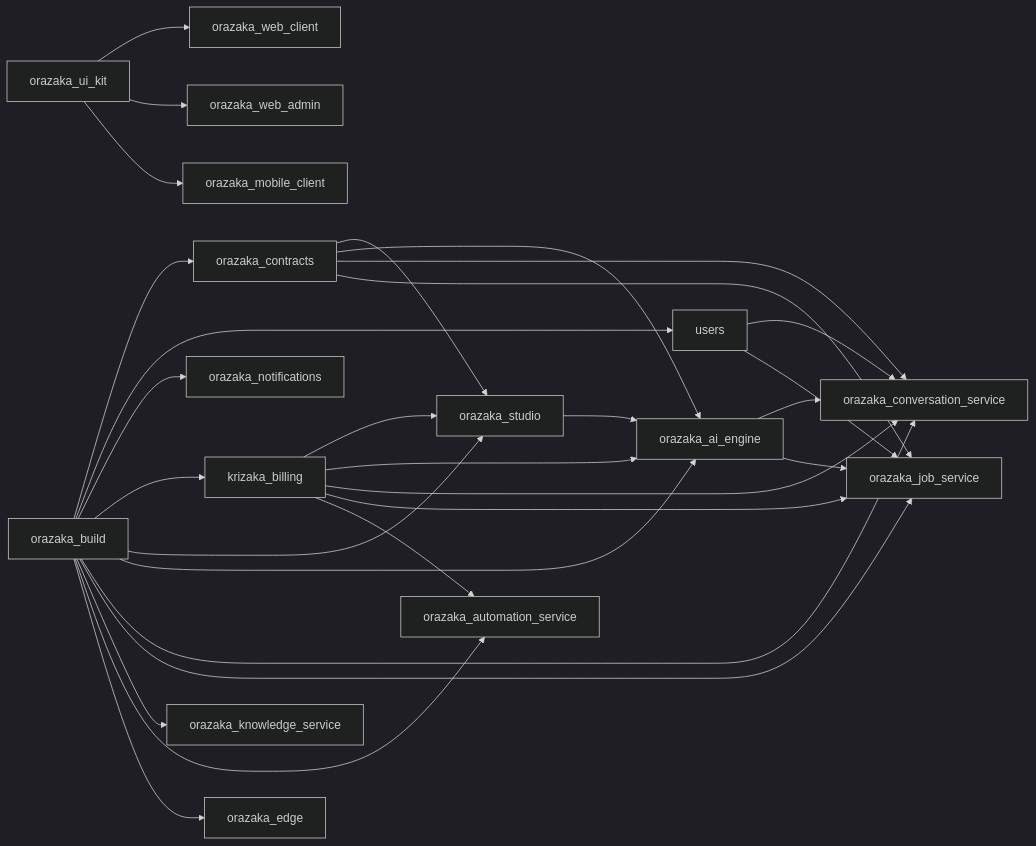
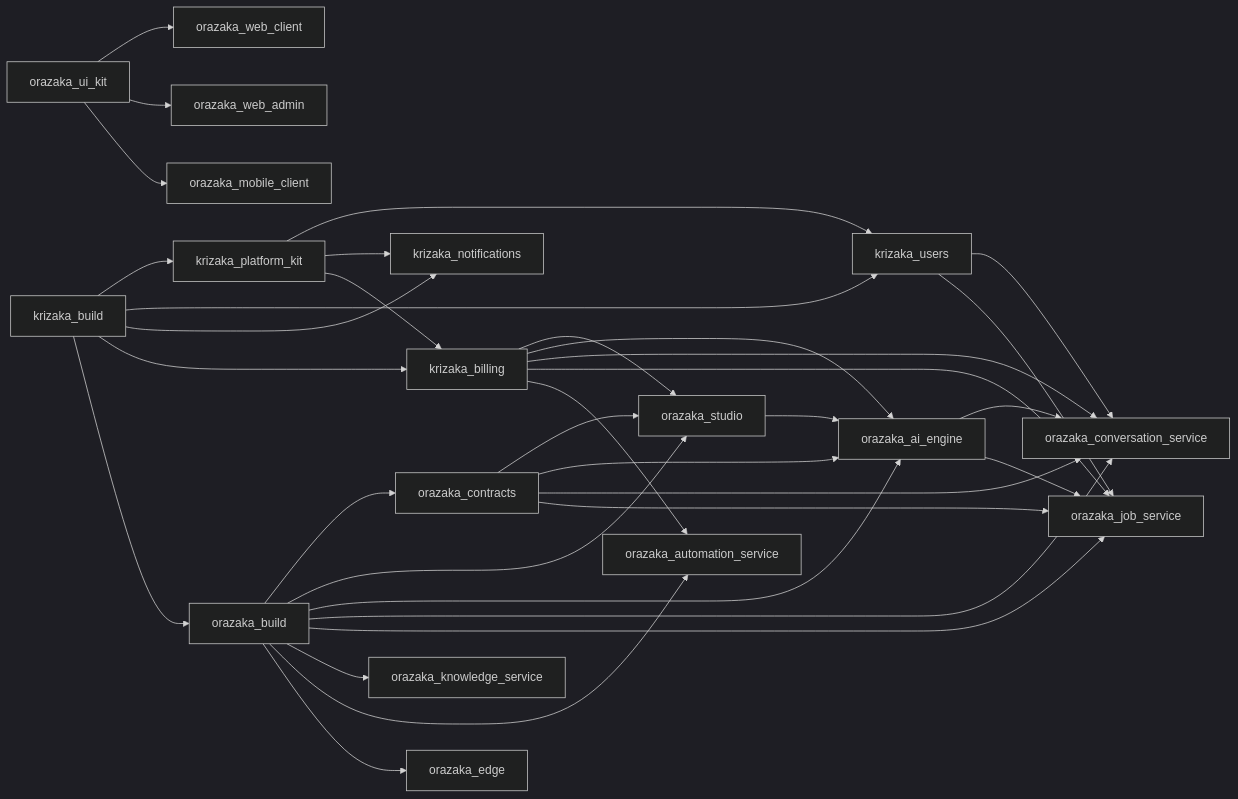
The diagram in README.md (krizaka/orazaka), drawn with Mermaid (dark theme) before and after one commit. The commit also changed other lines of this file and 2 other files, not shown here.

Commit message:
docs(readme): the new Orazaka mark, light and dark, from the organisation profile (#26)

````diff
--- a/README.md
+++ b/README.md
@@ -76,31 +88,36 @@
 ```mermaid
 graph LR
+  krizaka_build --> krizaka_platform_kit
+  krizaka_build --> krizaka_users
+  krizaka_platform_kit --> krizaka_users
+  krizaka_build --> krizaka_notifications
+  krizaka_platform_kit --> krizaka_notifications
+  krizaka_build --> krizaka_billing
+  krizaka_platform_kit --> krizaka_billing
+  krizaka_build --> orazaka_build
   orazaka_build --> orazaka_contracts
-  orazaka_build --> users
-  orazaka_build --> orazaka_notifications
-  orazaka_build --> krizaka_billing
   orazaka_build --> orazaka_studio
   orazaka_contracts --> orazaka_studio
   krizaka_billing --> orazaka_studio
   orazaka_build --> orazaka_ai_engine
   orazaka_contracts --> orazaka_ai_engine
   krizaka_billing --> orazaka_ai_engine
   orazaka_studio --> orazaka_ai_engine
   orazaka_build --> orazaka_conversation_service
   orazaka_contracts --> orazaka_conversation_service
-  users --> orazaka_conversation_service
+  krizaka_users --> orazaka_conversation_service
   krizaka_billing --> orazaka_conversation_service
   orazaka_ai_engine --> orazaka_conversation_service
   orazaka_build --> orazaka_job_service
   orazaka_contracts --> orazaka_job_service
-  users --> orazaka_job_service
+  krizaka_users --> orazaka_job_service
   krizaka_billing --> orazaka_job_service
   orazaka_ai_engine --> orazaka_job_service
   orazaka_build --> orazaka_knowledge_service
   orazaka_build --> orazaka_automation_service
   krizaka_billing --> orazaka_automation_service
   orazaka_build --> orazaka_edge
   orazaka_ui_kit --> orazaka_web_client
   orazaka_ui_kit --> orazaka_web_admin
   orazaka_ui_kit --> orazaka_mobile_client
 ```
````
